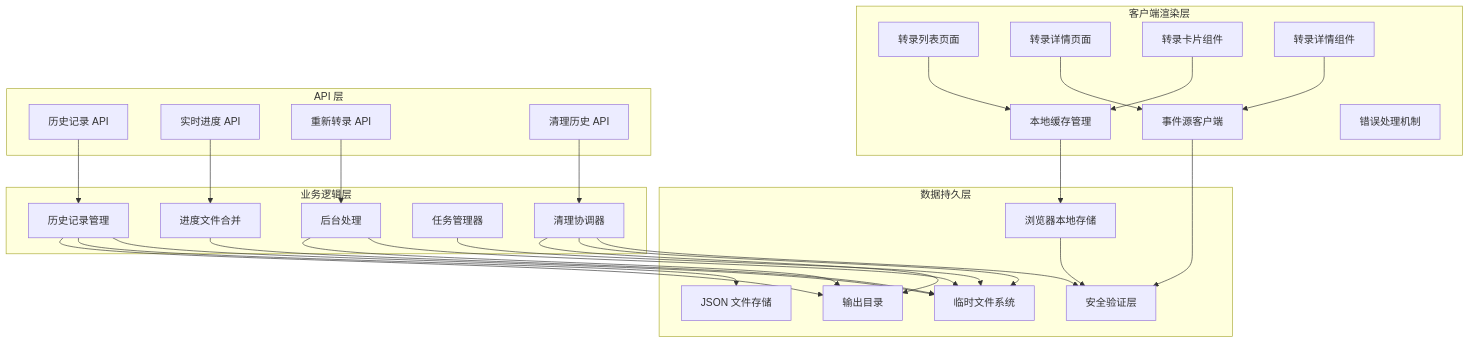
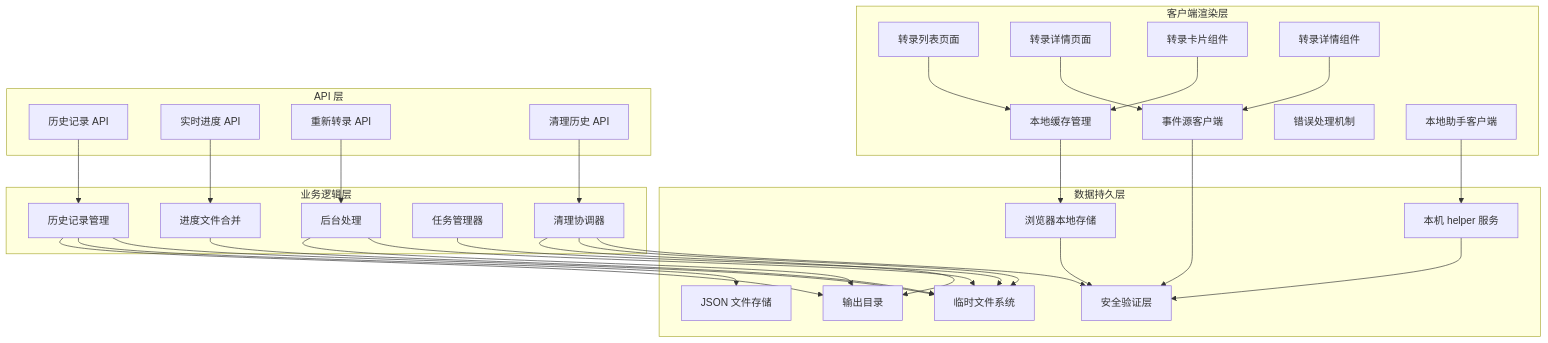
The third of 18 diagrams in .qoder/repowiki/zh/content/Transcription History System.md (clawbotai/memo-flow), drawn with Mermaid before and after one commit. The commit also changed other lines of this file and 5 other files, not shown here.

````diff
--- a/.qoder/repowiki/zh/content/Transcription History System.md
+++ b/.qoder/repowiki/zh/content/Transcription History System.md
@@ -199,53 +210,57 @@
 ```mermaid
 graph TD
 subgraph "客户端渲染层"
 A[转录列表页面]
 B[转录详情页面]
 C[转录卡片组件]
 D[转录详情组件]
 E[本地缓存管理]
 F[事件源客户端]
 G[错误处理机制]
+H[本地助手客户端]
 end
 subgraph "API 层"
-H[历史记录 API]
-I[实时进度 API]
-J[重新转录 API]
-K[清理历史 API]
+I[历史记录 API]
+J[实时进度 API]
+K[重新转录 API]
+L[清理历史 API]
 end
 subgraph "业务逻辑层"
-L[历史记录管理]
-M[进度文件合并]
-N[后台处理]
-O[任务管理器]
-P[清理协调器]
+M[历史记录管理]
+N[进度文件合并]
+O[后台处理]
+P[任务管理器]
+Q[清理协调器]
 end
 subgraph "数据持久层"
-Q[临时文件系统]
-R[JSON 文件存储]
-S[输出目录]
-T[浏览器本地存储]
-U[安全验证层]
+R[临时文件系统]
+S[JSON 文件存储]
+T[输出目录]
+U[浏览器本地存储]
+V[安全验证层]
+W[本机 helper 服务]
 end
 A --> E
 B --> F
 C --> E
 D --> F
-E --> T
-F --> U
-H --> L
+E --> U
+F --> V
+H --> W
 I --> M
 J --> N
-K --> P
+K --> O
 L --> Q
-L --> R
-L --> S
-M --> Q
-N --> Q
-N --> S
-O --> Q
-P --> U
-P --> Q
-P --> S
-T --> U
+M --> R
+M --> S
+M --> T
+N --> R
+O --> R
+O --> T
+P --> R
+Q --> V
+Q --> R
+Q --> T
+U --> V
+W --> V
 ```
````
